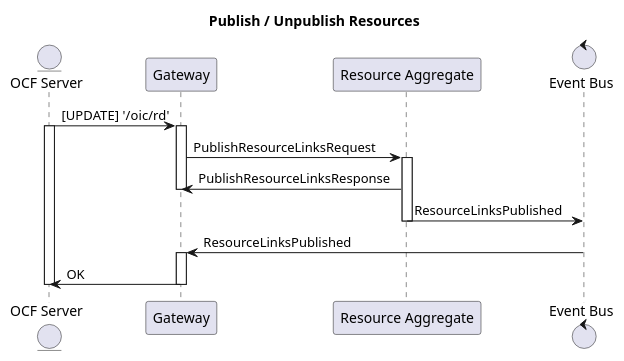
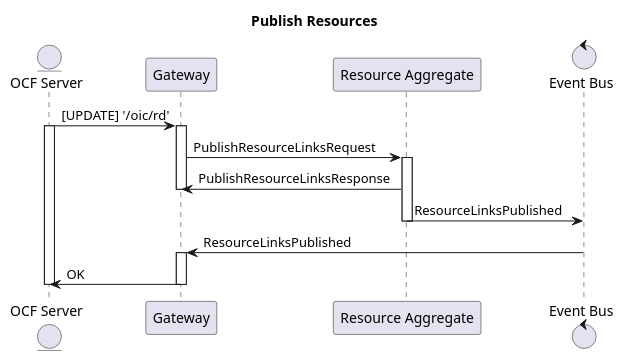
One commit to plgd-dev/hub changed the first of 12 diagrams in resource-aggregate/.plantuml. Above: the diagram before and after it, drawn with PlantUML. The commit also changed other lines of this file and 5 other files, not shown here.

```diff
--- a/resource-aggregate/.plantuml
+++ b/resource-aggregate/.plantuml
@@ -1,25 +1,25 @@
 @startuml
 
-title "Publish / Unpublish Resources"
+title "Publish Resources"
 
 entity "OCF Server" as Server
 participant "Gateway" as Gateway
 participant "Resource Aggregate" as ResourceAggregate
 control "Event Bus" as Bus
 
 Server -> Gateway : [UPDATE] '/oic/rd'
 activate Server
 activate Gateway
 Gateway -> ResourceAggregate : PublishResourceLinksRequest
 activate ResourceAggregate
 ResourceAggregate -> Gateway : PublishResourceLinksResponse
 deactivate Gateway
 ResourceAggregate -> Bus : ResourceLinksPublished
 deactivate ResourceAggregate
 Gateway <- Bus: ResourceLinksPublished
 activate Gateway
 Gateway -> Server : OK
 deactivate Gateway
 deactivate Server
 
 @enduml
```
